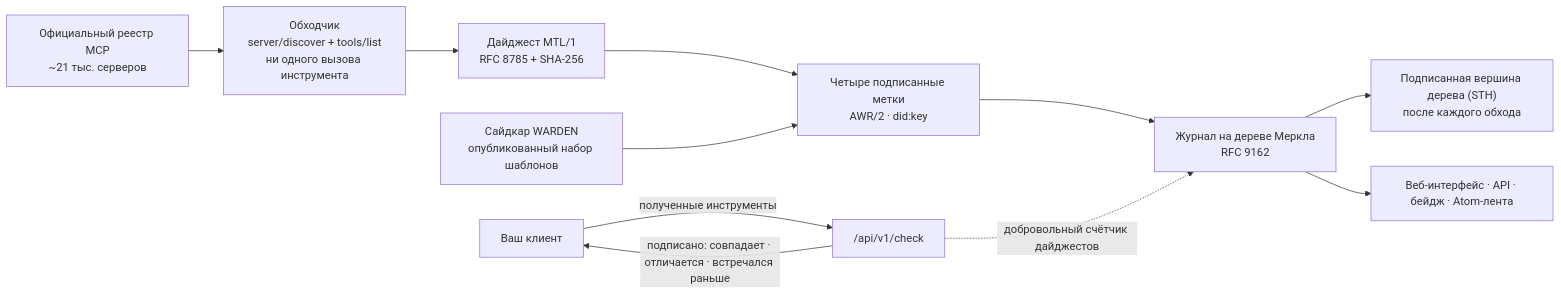
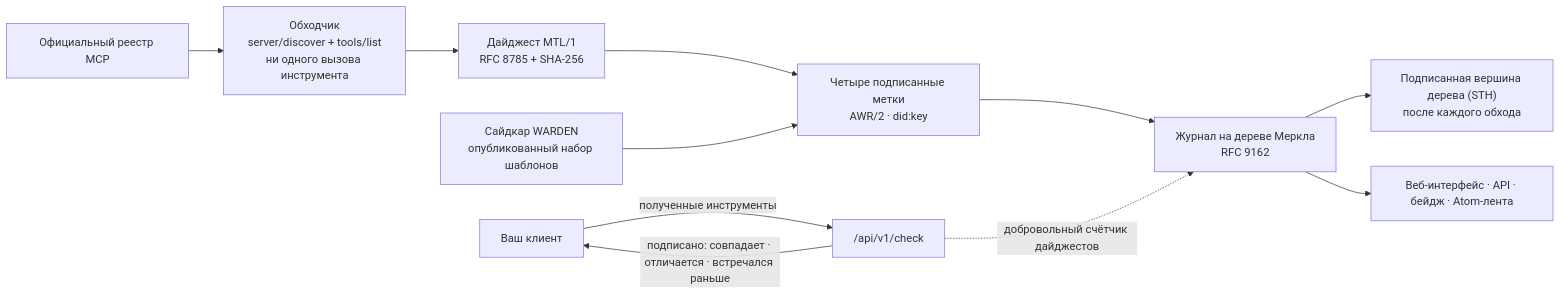
The diagram in README.ru.md (alexar76/histor), drawn with Mermaid before and after one commit. The commit also changed other lines of this file and 42 other files, not shown here.

````diff
--- a/README.ru.md
+++ b/README.ru.md
@@ -55,13 +55,13 @@
 ```mermaid
 flowchart LR
-    R["Официальный реестр MCP<br/>~21 тыс. серверов"] --> C["Обходчик<br/>server/discover + tools/list<br/>ни одного вызова инструмента"]
+    R["Официальный реестр MCP"] --> C["Обходчик<br/>server/discover + tools/list<br/>ни одного вызова инструмента"]
     C --> D["Дайджест MTL/1<br/>RFC 8785 + SHA-256"]
     D --> L["Четыре подписанные метки<br/>AWR/2 · did:key"]
     W["Сайдкар WARDEN<br/>опубликованный набор шаблонов"] --> L
     L --> M["Журнал на дереве Меркла<br/>RFC 9162"]
     M --> S["Подписанная вершина дерева (STH)<br/>после каждого обхода"]
     M --> API["Веб-интерфейс · API · бейдж · Atom-лента"]
     CL["Ваш клиент"] -- "полученные инструменты" --> K["/api/v1/check"]
     K -- "подписано: совпадает · отличается · встречался раньше" --> CL
     K -. "добровольный счётчик дайджестов" .-> M
 ```
````
